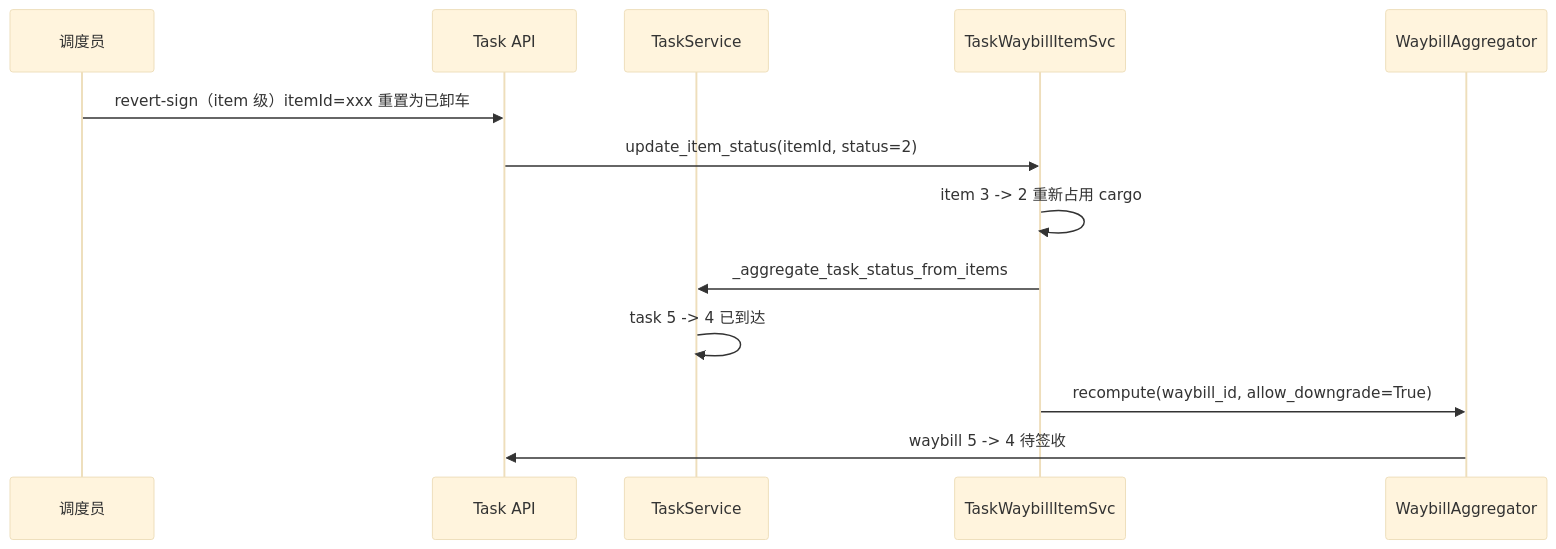
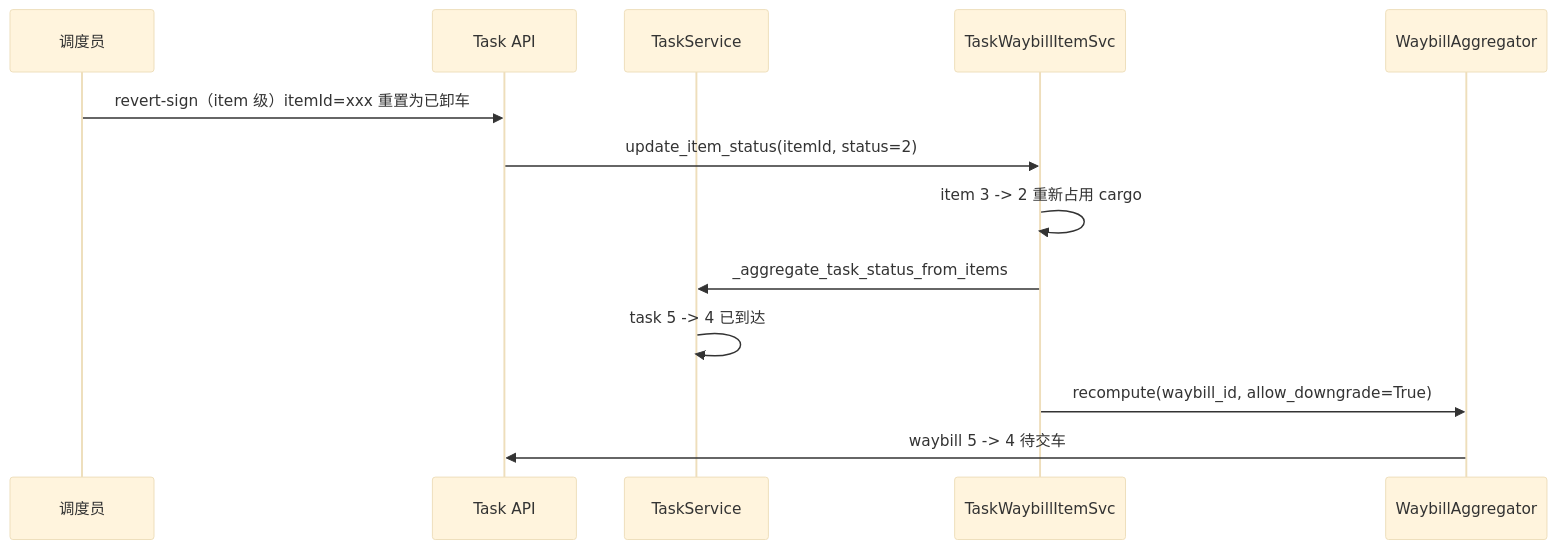
The third of 6 diagrams in doc/02.需求文档/02.企业端/06.运营调度模块/02.运单与任务单状态机联动设计.md (lei-happy/duoling), drawn with Mermaid (base theme) before and after one commit. The commit also changed other lines of this file and 71 other files, not shown here.

````diff
--- a/doc/02.需求文档/02.企业端/06.运营调度模块/02.运单与任务单状态机联动设计.md
+++ b/doc/02.需求文档/02.企业端/06.运营调度模块/02.运单与任务单状态机联动设计.md
@@ -468,16 +473,16 @@
 ```mermaid
 sequenceDiagram
     participant U as 调度员
     participant API as Task API
     participant TS as TaskService
     participant TWS as TaskWaybillItemSvc
     participant WAG as WaybillAggregator
 
     U->>API: revert-sign（item 级）itemId=xxx 重置为已卸车
     API->>TWS: update_item_status(itemId, status=2)
     TWS->>TWS: item 3 -> 2 重新占用 cargo
     TWS->>TS: _aggregate_task_status_from_items
     TS->>TS: task 5 -> 4 已到达
     TWS->>WAG: recompute(waybill_id, allow_downgrade=True)
-    WAG->>API: waybill 5 -> 4 待签收
+    WAG->>API: waybill 5 -> 4 待交车
 ```
````
